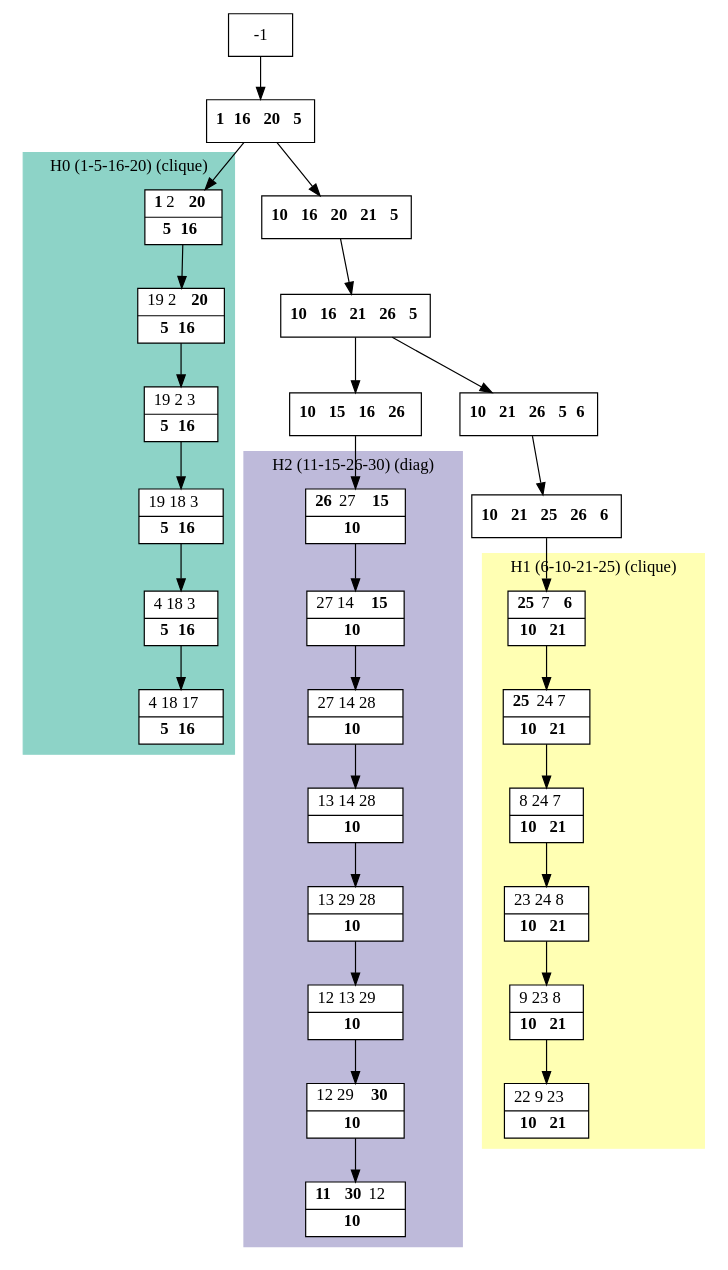
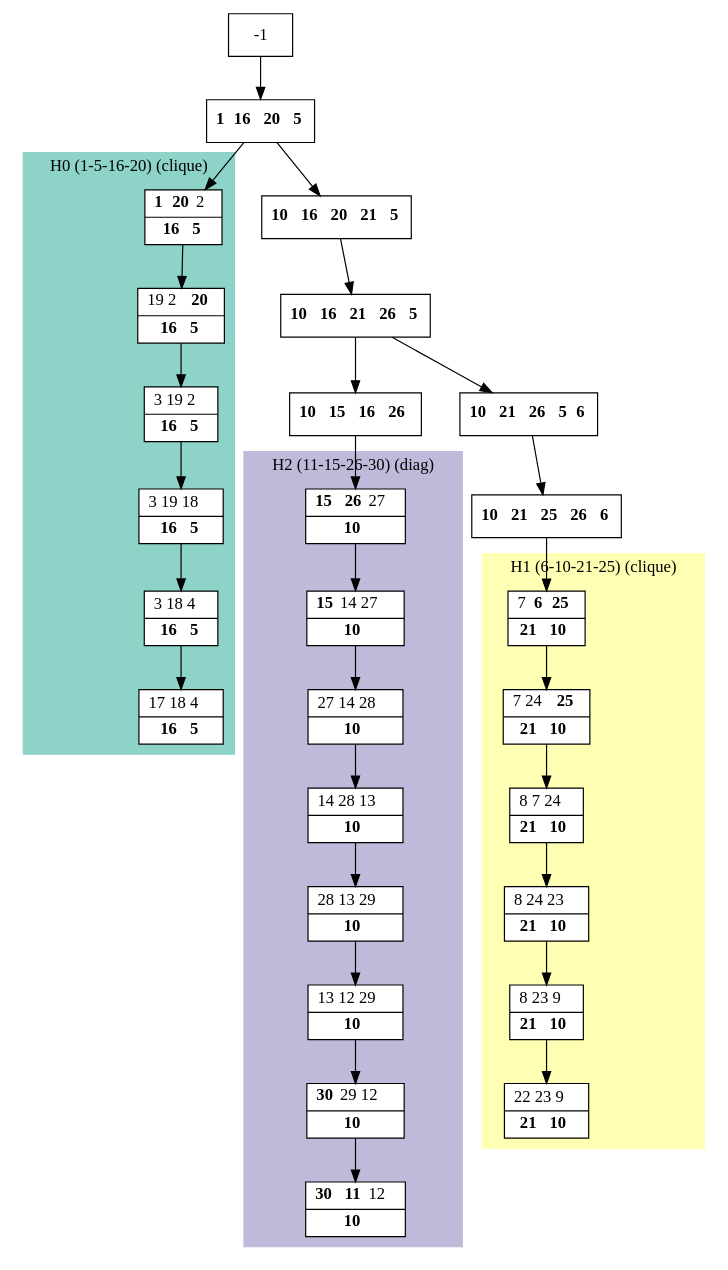
The diagram in results/dot_files/processed_L.dot (bmarchand/auto-dp), drawn with Graphviz before and after one commit. The commit also changed 80 other files, not shown here.

```diff
--- a/results/dot_files/processed_L.dot
+++ b/results/dot_files/processed_L.dot
@@ -1,62 +1,62 @@
 digraph G {
     node [shape=box];
     subgraph cluster0 {
         node [style=filled,fillcolor=white];
         labeljust="l";
         style=filled;
         color="#8DD3C7";
         H0_0 -> H0_1 -> H0_2 -> H0_3 -> H0_4 -> H0_5;
         label="H0 (1-5-16-20) (clique)";
     }
     subgraph cluster1 {
         node [style=filled,fillcolor=white];
         labeljust="l";
         style=filled;
         color="#FFFFB3";
         H1_0 -> H1_1 -> H1_2 -> H1_3 -> H1_4 -> H1_5;
         label="H1 (6-10-21-25) (clique)";
     }
     subgraph cluster2 {
         node [style=filled,fillcolor=white];
         labeljust="l";
         style=filled;
         color="#BEBADA";
         H2_7 -> H2_6 -> H2_5 -> H2_4 -> H2_3 -> H2_2 -> H2_1 -> H2_0;
         label="H2 (11-15-26-30) (diag)";
     }
      1 [shape=record,label= <{ <b>1</b> <b>16</b> <b>20</b> <b>5</b>}> ];
      -1  ->  1;
-     H0_0 [shape=record,label= <{ <b>1</b> 2 <b>20</b>|  <b>5</b> <b>16</b>}> ];
+     H0_0 [shape=record,label= <{ <b>1</b> <b>20</b> 2|  <b>16</b> <b>5</b>}> ];
      1  ->  H0_0;
-     H0_1 [shape=record,label= <{ 19 2 <b>20</b>|  <b>5</b> <b>16</b>}> ];
-     H0_2 [shape=record,label= <{ 19 2 3|  <b>5</b> <b>16</b>}> ];
-     H0_3 [shape=record,label= <{ 19 18 3|  <b>5</b> <b>16</b>}> ];
-     H0_4 [shape=record,label= <{ 4 18 3|  <b>5</b> <b>16</b>}> ];
-     H0_5 [shape=record,label= <{ 4 18 17|  <b>5</b> <b>16</b>}> ];
+     H0_1 [shape=record,label= <{ 19 2 <b>20</b>|  <b>16</b> <b>5</b>}> ];
+     H0_2 [shape=record,label= <{ 3 19 2|  <b>16</b> <b>5</b>}> ];
+     H0_3 [shape=record,label= <{ 3 19 18|  <b>16</b> <b>5</b>}> ];
+     H0_4 [shape=record,label= <{ 3 18 4|  <b>16</b> <b>5</b>}> ];
+     H0_5 [shape=record,label= <{ 17 18 4|  <b>16</b> <b>5</b>}> ];
      18 [shape=record,label= <{ <b>10</b> <b>16</b> <b>20</b> <b>21</b> <b>5</b>}> ];
      1  ->  18;
      16 [shape=record,label= <{ <b>10</b> <b>16</b> <b>21</b> <b>26</b> <b>5</b>}> ];
      18  ->  16;
      9 [shape=record,label= <{ <b>10</b> <b>21</b> <b>26</b> <b>5</b> <b>6</b>}> ];
      16  ->  9;
      11 [shape=record,label= <{ <b>10</b> <b>21</b> <b>25</b> <b>26</b> <b>6</b>}> ];
      9  ->  11;
-     H1_0 [shape=record,label= <{ <b>25</b> 7 <b>6</b>|  <b>10</b> <b>21</b>}> ];
+     H1_0 [shape=record,label= <{ 7 <b>6</b> <b>25</b>|  <b>21</b> <b>10</b>}> ];
      11  ->  H1_0;
-     H1_1 [shape=record,label= <{ <b>25</b> 24 7|  <b>10</b> <b>21</b>}> ];
-     H1_2 [shape=record,label= <{ 8 24 7|  <b>10</b> <b>21</b>}> ];
-     H1_3 [shape=record,label= <{ 23 24 8|  <b>10</b> <b>21</b>}> ];
-     H1_4 [shape=record,label= <{ 9 23 8|  <b>10</b> <b>21</b>}> ];
-     H1_5 [shape=record,label= <{ 22 9 23|  <b>10</b> <b>21</b>}> ];
+     H1_1 [shape=record,label= <{ 7 24 <b>25</b>|  <b>21</b> <b>10</b>}> ];
+     H1_2 [shape=record,label= <{ 8 7 24|  <b>21</b> <b>10</b>}> ];
+     H1_3 [shape=record,label= <{ 8 24 23|  <b>21</b> <b>10</b>}> ];
+     H1_4 [shape=record,label= <{ 8 23 9|  <b>21</b> <b>10</b>}> ];
+     H1_5 [shape=record,label= <{ 22 23 9|  <b>21</b> <b>10</b>}> ];
      17 [shape=record,label= <{ <b>10</b> <b>15</b> <b>16</b> <b>26</b>}> ];
      16  ->  17;
-     H2_7 [shape=record,label= <{ <b>26</b> 27 <b>15</b>|  <b>10</b>}> ];
+     H2_7 [shape=record,label= <{ <b>15</b> <b>26</b> 27|  <b>10</b>}> ];
      17  ->  H2_7;
-     H2_6 [shape=record,label= <{ 27 14 <b>15</b>|  <b>10</b>}> ];
+     H2_6 [shape=record,label= <{ <b>15</b> 14 27|  <b>10</b>}> ];
      H2_5 [shape=record,label= <{ 27 14 28|  <b>10</b>}> ];
-     H2_4 [shape=record,label= <{ 13 14 28|  <b>10</b>}> ];
-     H2_3 [shape=record,label= <{ 13 29 28|  <b>10</b>}> ];
-     H2_2 [shape=record,label= <{ 12 13 29|  <b>10</b>}> ];
-     H2_1 [shape=record,label= <{ 12 29 <b>30</b>|  <b>10</b>}> ];
-     H2_0 [shape=record,label= <{ <b>11</b> <b>30</b> 12|  <b>10</b>}> ];
+     H2_4 [shape=record,label= <{ 14 28 13|  <b>10</b>}> ];
+     H2_3 [shape=record,label= <{ 28 13 29|  <b>10</b>}> ];
+     H2_2 [shape=record,label= <{ 13 12 29|  <b>10</b>}> ];
+     H2_1 [shape=record,label= <{ <b>30</b> 29 12|  <b>10</b>}> ];
+     H2_0 [shape=record,label= <{ <b>30</b> <b>11</b> 12|  <b>10</b>}> ];
 }
```
